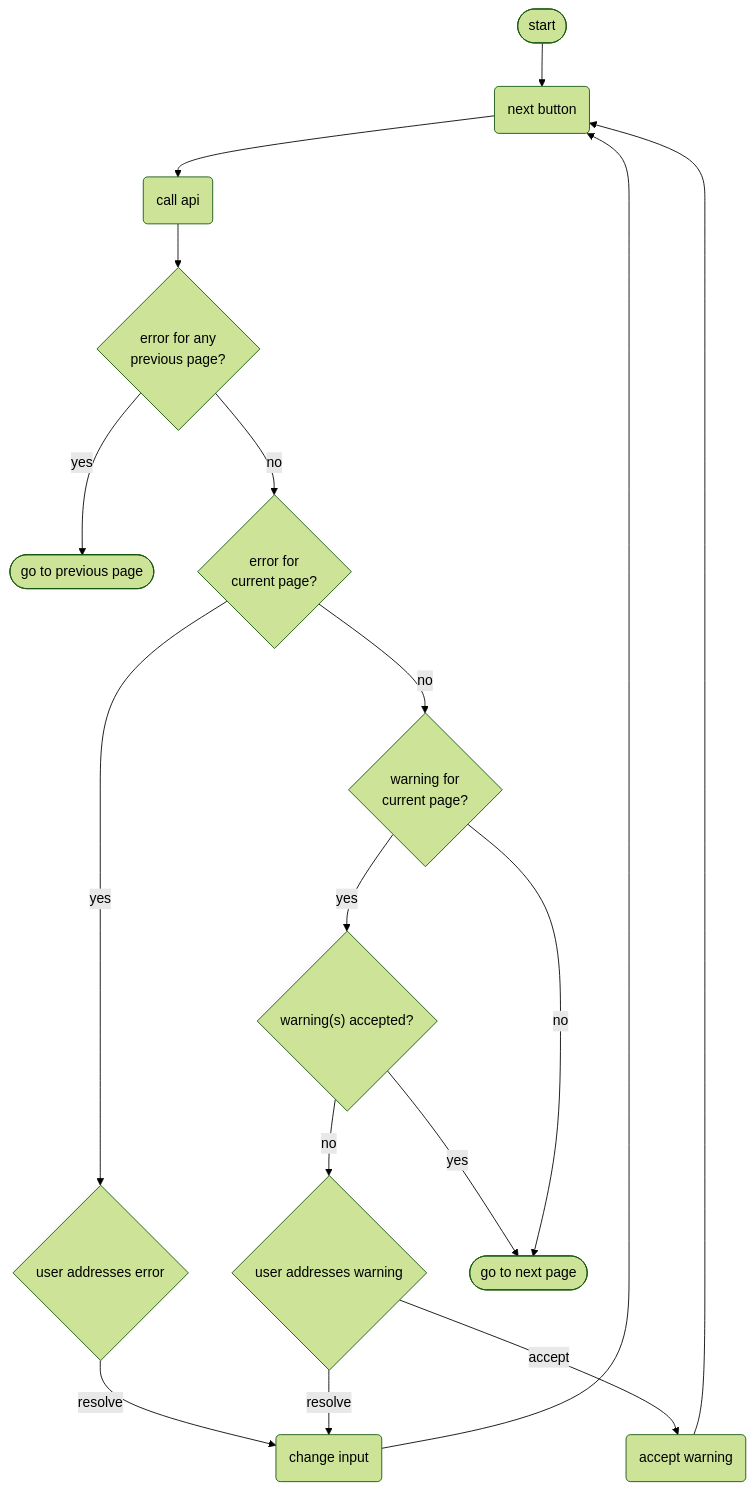
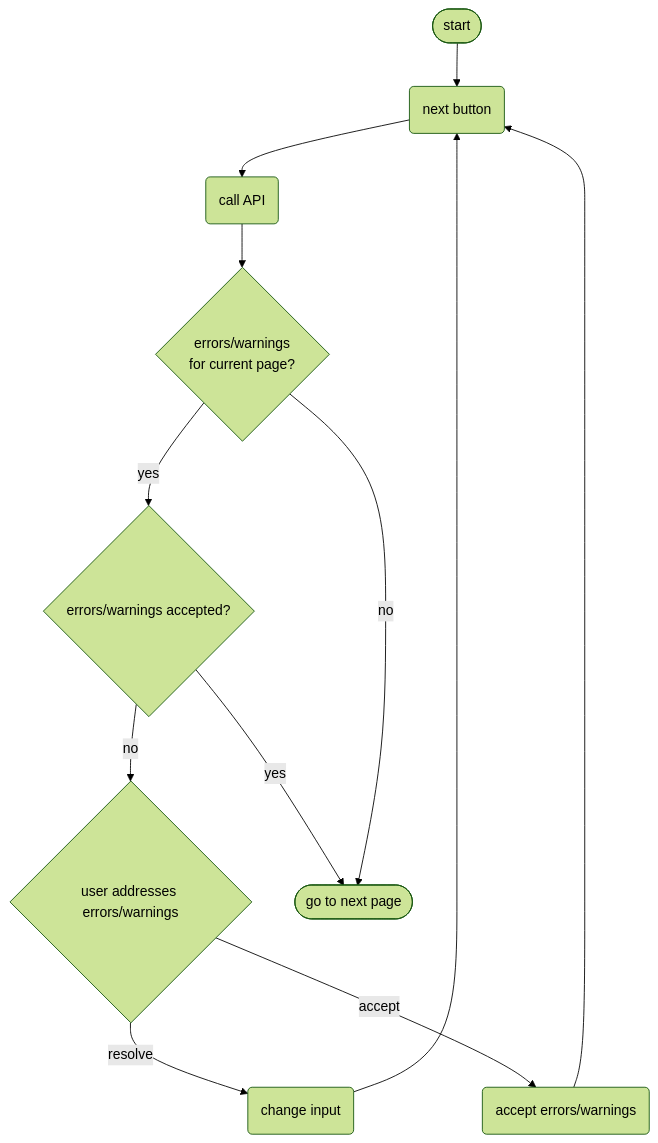
Before and after one commit to kiesraad/abacus: the third of 5 diagrams in documentatie/flowcharts/data-entry-forms.md, drawn with Mermaid (forest theme). The commit also changed other lines of this file, not shown here.

Commit message:
Updated data entry flowcharts (#1693)

````diff
--- a/documentatie/flowcharts/data-entry-forms.md
+++ b/documentatie/flowcharts/data-entry-forms.md
@@ -117,46 +107,32 @@
 ```mermaid
 flowchart TD
 
     %% elements
     flow-start([start])
-    go-to-prev-page([go to previous page])
+    next-button(next button)
+    call-api(call API)
+    
+    errors-warnings-cur-page{"errors/warnings <br/> for current page?"}
+    errors-warnings-accepted{"errors/warnings accepted?"}
+    user-addresses-errors-warnings{user addresses errors/warnings}
 
-    error-any-prev-page{"error for any <br/> previous page?"}
-    error-cur-page{"error for <br/> current page?"}
-    warning-cur-page{"warning for <br/> current page?"}
-    warnings-accepted{"warning(s) accepted?"}
-    user-addresses-error{user addresses error}
-
-    user-addresses-warning{user addresses warning}
-
-    next-button(next button)
-    call-api(call api)
+    accept-errors-warnings(accept errors/warnings)
     change-input(change input)
-    accept-warning(accept warning)
-
     go-to-next-page([go to next page])
 
-    %% flow
+%% flow
     flow-start --> next-button
     next-button --> call-api
-    call-api --> error-any-prev-page
+    call-api --> errors-warnings-cur-page
 
-    error-any-prev-page -- yes --> go-to-prev-page
+    errors-warnings-cur-page -- yes --> errors-warnings-accepted
+    errors-warnings-accepted -- no --> user-addresses-errors-warnings
+    user-addresses-errors-warnings -- resolve --> change-input
+    change-input --> next-button
+    user-addresses-errors-warnings -- accept --> accept-errors-warnings
+    accept-errors-warnings --> next-button
 
-    error-any-prev-page -- no --> error-cur-page
+    errors-warnings-accepted -- yes --> go-to-next-page
+    errors-warnings-cur-page -- no --> go-to-next-page
 
-    error-cur-page -- yes --> user-addresses-error
-    
-    user-addresses-error -- resolve --> change-input
-    change-input --> next-button
-
-    error-cur-page -- no --> warning-cur-page
-    warning-cur-page -- yes --> warnings-accepted
-    warnings-accepted -- no --> user-addresses-warning
-    warnings-accepted -- yes --> go-to-next-page
-    user-addresses-warning -- resolve --> change-input
-    user-addresses-warning -- accept --> accept-warning
-    accept-warning --> next-button
-
-    warning-cur-page -- no --> go-to-next-page
 ```
````
